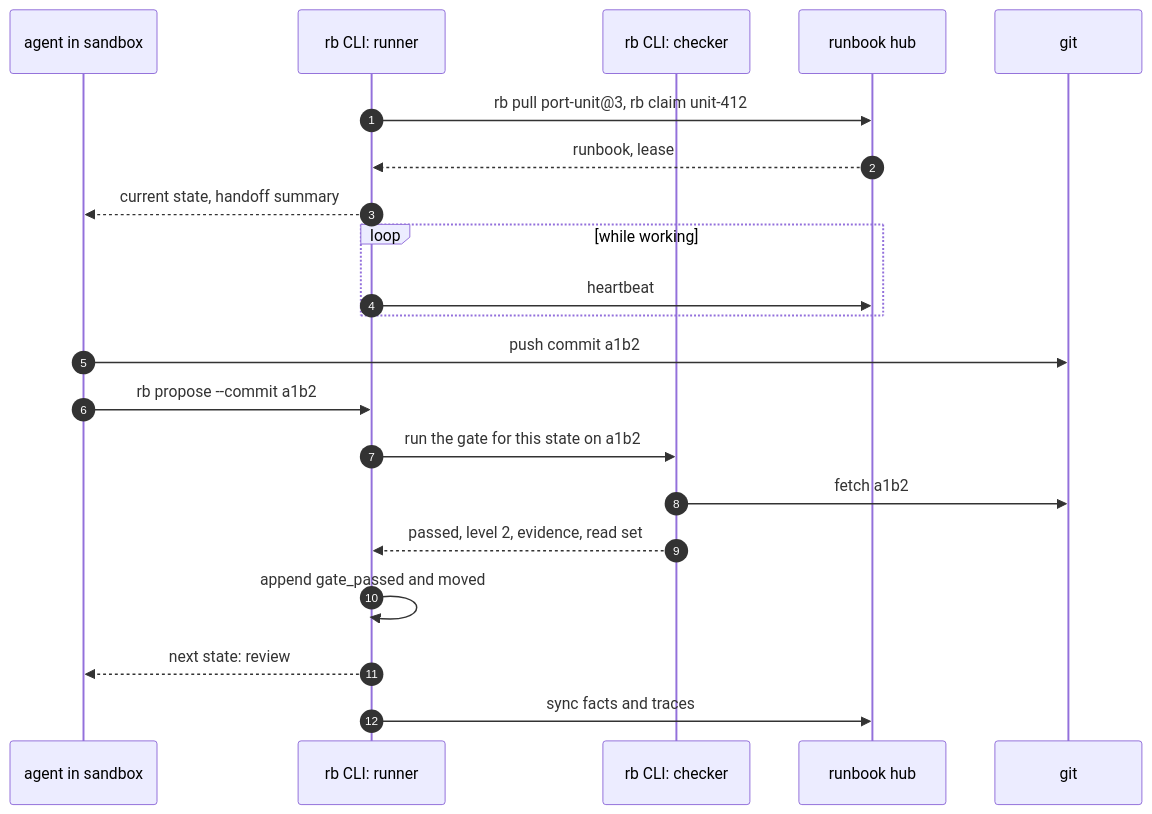
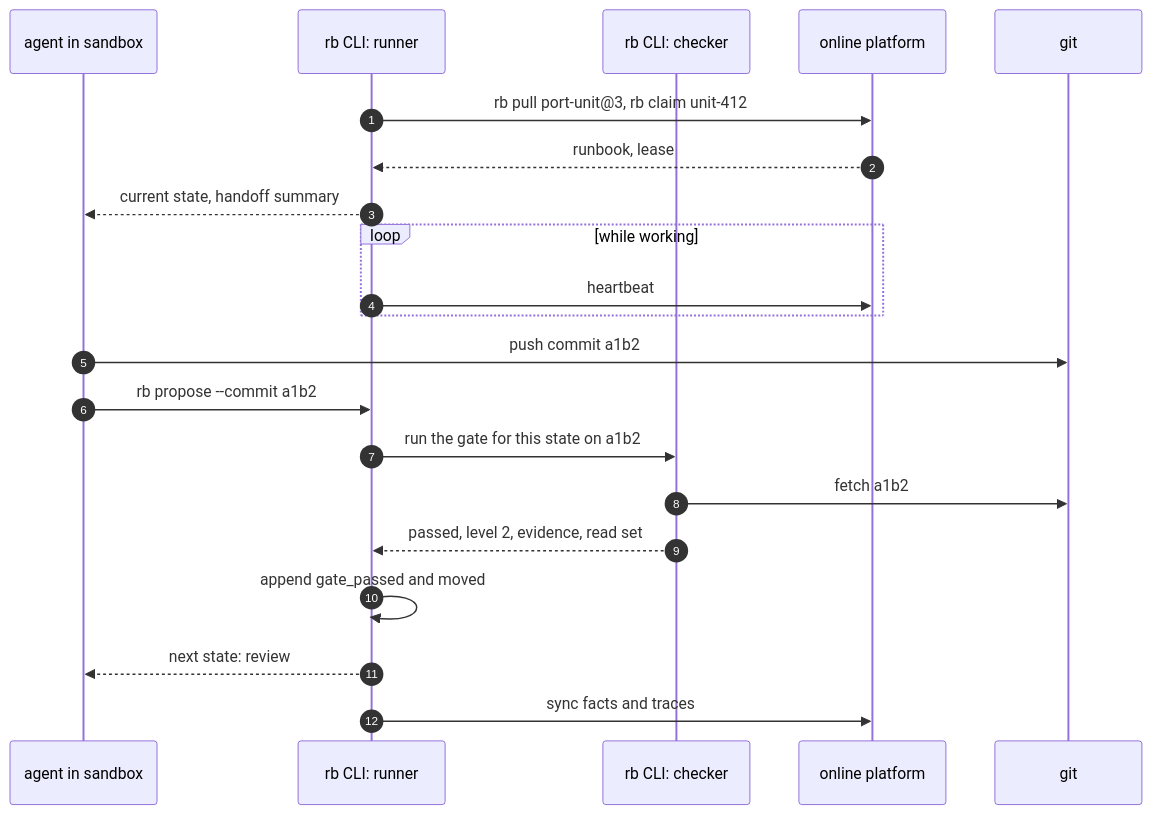
Before and after one commit to locchh/blogs: the third of 3 diagrams in src/content/blog/what_can_we_do_with_state.md, drawn with Mermaid. The commit also changed other lines of this file, not shown here.

First line of the commit message:
docs(blog): make the runbook hub one part of the online platform

````diff
--- a/src/content/blog/what_can_we_do_with_state.md
+++ b/src/content/blog/what_can_we_do_with_state.md
@@ -198,23 +198,23 @@
 ```mermaid
 sequenceDiagram
   autonumber
   participant A as agent in sandbox
   participant R as rb CLI: runner
   participant C as rb CLI: checker
-  participant H as runbook hub
+  participant H as online platform
   participant G as git
   R->>H: rb pull port-unit@3, rb claim unit-412
   H-->>R: runbook, lease
   R-->>A: current state, handoff summary
   loop while working
     R->>H: heartbeat
   end
   A->>G: push commit a1b2
   A->>R: rb propose --commit a1b2
   R->>C: run the gate for this state on a1b2
   C->>G: fetch a1b2
   C-->>R: passed, level 2, evidence, read set
   R->>R: append gate_passed and moved
   R-->>A: next state: review
   R->>H: sync facts and traces
 ```
````
